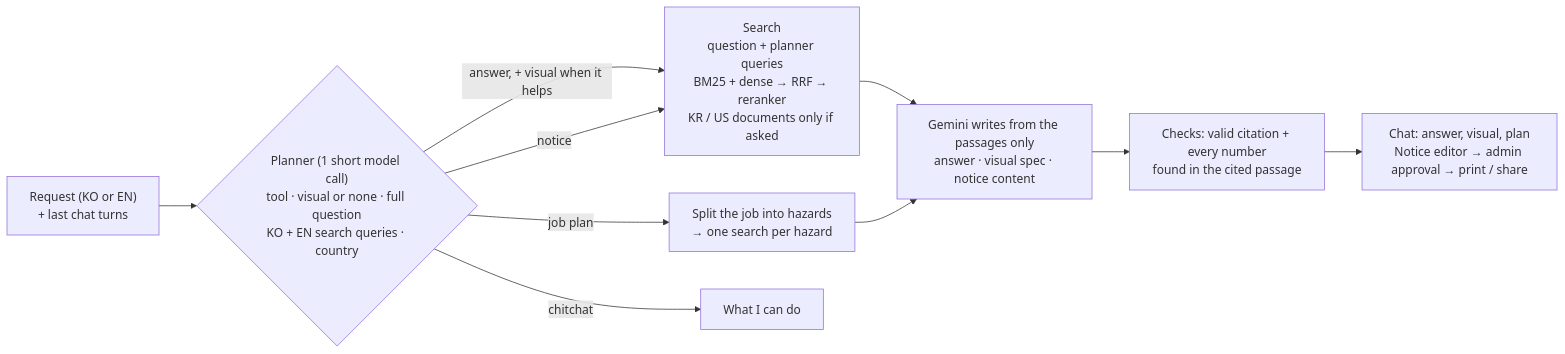
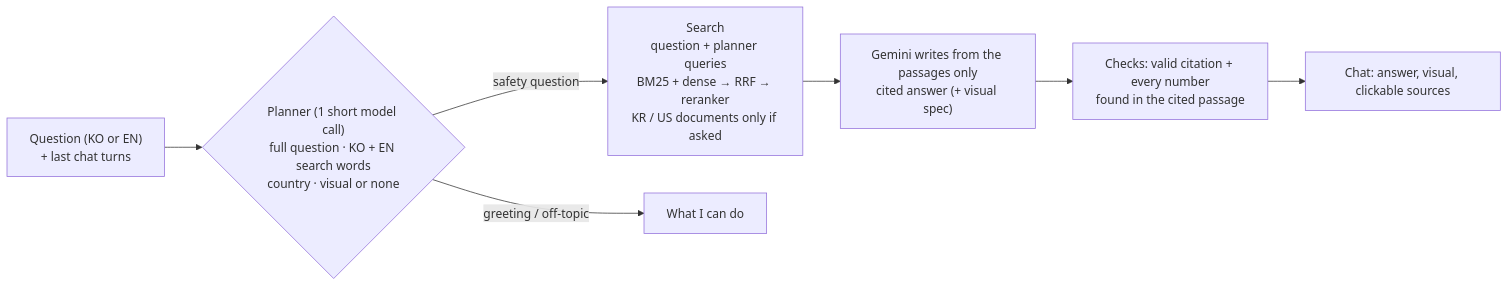
One commit to AlexL71/plant-safety-rag changed the diagram in README.md. Above: the diagram before and after it, drawn with Mermaid. The commit also changed other lines of this file and 43 other files, not shown here.

First line of the commit message:
Answers and visuals only: remove job plans and notices; final evaluation, README, license

````diff
--- a/README.md
+++ b/README.md
@@ -104,12 +99,9 @@
 ```mermaid
 flowchart LR
-    U["Request (KO or EN)<br/>+ last chat turns"] --> R{"Planner (1 short model call)<br/>tool · visual or none · full question<br/>KO + EN search queries · country"}
-    R -->|answer, + visual when it helps| S["Search<br/>question + planner queries<br/>BM25 + dense → RRF → reranker<br/>KR / US documents only if asked"]
-    R -->|job plan| H["Split the job into hazards<br/>→ one search per hazard"]
-    R -->|notice| S
-    R -->|chitchat| C["What I can do"]
-    S --> G["Gemini writes from the passages only<br/>answer · visual spec · notice content"]
-    H --> G
+    U["Question (KO or EN)<br/>+ last chat turns"] --> R{"Planner (1 short model call)<br/>full question · KO + EN search words<br/>country · visual or none"}
+    R -->|safety question| S["Search<br/>question + planner queries<br/>BM25 + dense → RRF → reranker<br/>KR / US documents only if asked"]
+    R -->|greeting / off-topic| C["What I can do"]
+    S --> G["Gemini writes from the passages only<br/>cited answer (+ visual spec)"]
     G --> K["Checks: valid citation + every number<br/>found in the cited passage"]
-    K --> O["Chat: answer, visual, plan<br/>Notice editor → admin approval → print / share"]
+    K --> O["Chat: answer, visual, clickable sources"]
 ```
````
